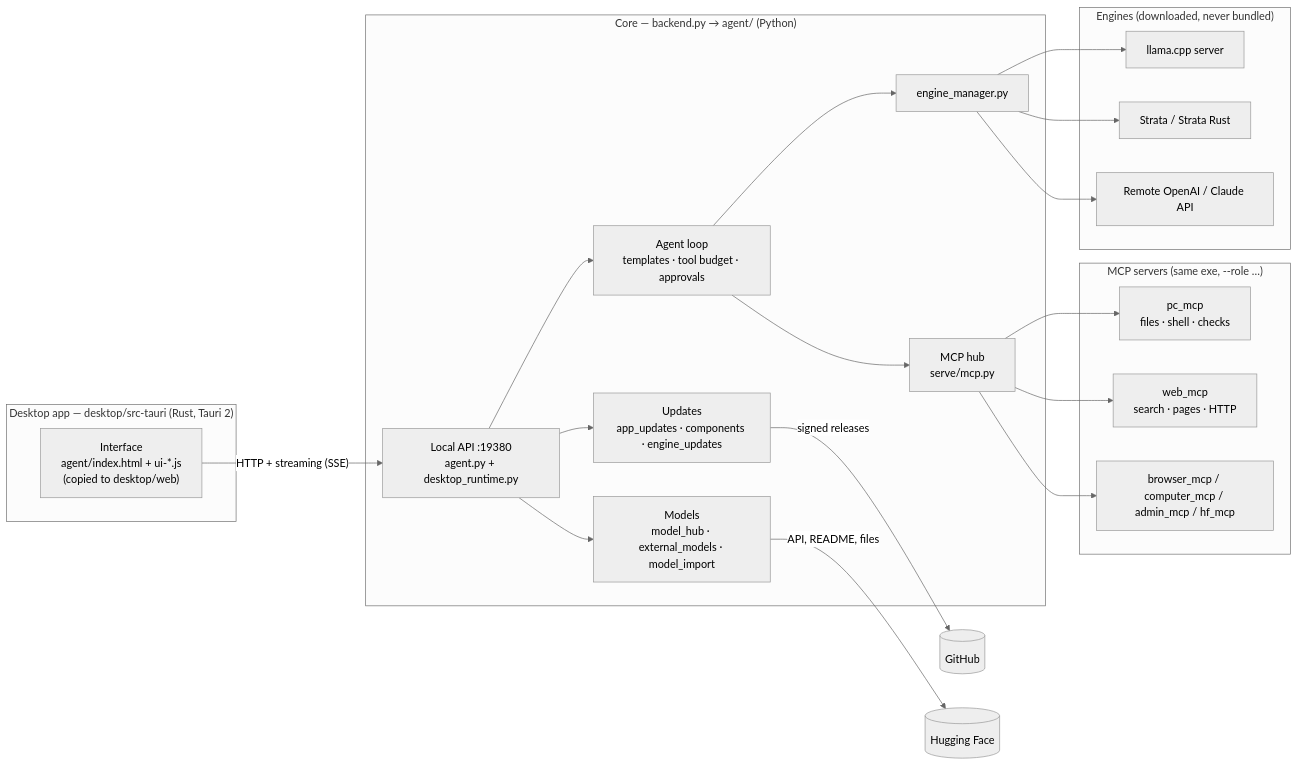
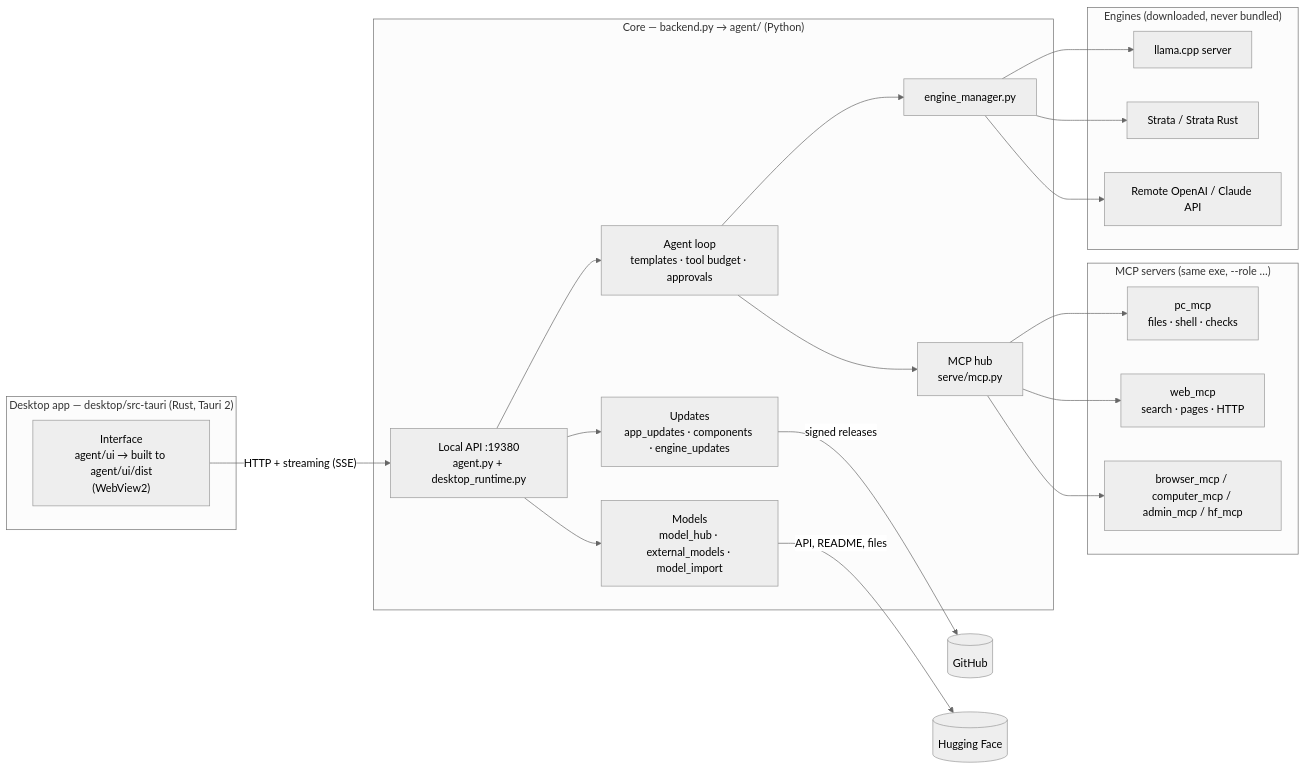
The diagram in docs/ARCHITECTURE.md (IsValorum/V-Agent), drawn with Mermaid (neutral theme) before and after one commit. The commit also changed other lines of this file and 59 other files, not shown here.

First line of the commit message:
Split the interface into agent/ui/ by topic

````diff
--- a/docs/ARCHITECTURE.md
+++ b/docs/ARCHITECTURE.md
@@ -7,30 +7,30 @@
 ```mermaid
 flowchart LR
     subgraph Window["Desktop app — desktop/src-tauri (Rust, Tauri 2)"]
-        UI["Interface<br/>agent/index.html + ui-*.js<br/>(copied to desktop/web)"]
+        UI["Interface<br/>agent/ui → built to agent/ui/dist<br/>(WebView2)"]
     end
     subgraph Core["Core — backend.py → agent/ (Python)"]
         API["Local API :19380<br/>agent.py + desktop_runtime.py"]
         LOOP["Agent loop<br/>templates · tool budget · approvals"]
         ENG["engine_manager.py"]
         HUB["MCP hub<br/>serve/mcp.py"]
         UPD["Updates<br/>app_updates · components · engine_updates"]
         MOD["Models<br/>model_hub · external_models · model_import"]
     end
     subgraph Workers["MCP servers (same exe, --role …)"]
         PC["pc_mcp<br/>files · shell · checks"]
         WEB["web_mcp<br/>search · pages · HTTP"]
         BR["browser_mcp / computer_mcp / admin_mcp / hf_mcp"]
     end
     subgraph Engines["Engines (downloaded, never bundled)"]
         LL["llama.cpp server"]
         ST["Strata / Strata Rust"]
         RA["Remote OpenAI / Claude API"]
     end
     UI -- "HTTP + streaming (SSE)" --> API
     API --> LOOP --> ENG
     ENG --> LL & ST & RA
     LOOP --> HUB --> PC & WEB & BR
     API --> UPD -- "signed releases" --> GH[(GitHub)]
     API --> MOD -- "API, README, files" --> HF[(Hugging Face)]
 ```
````
